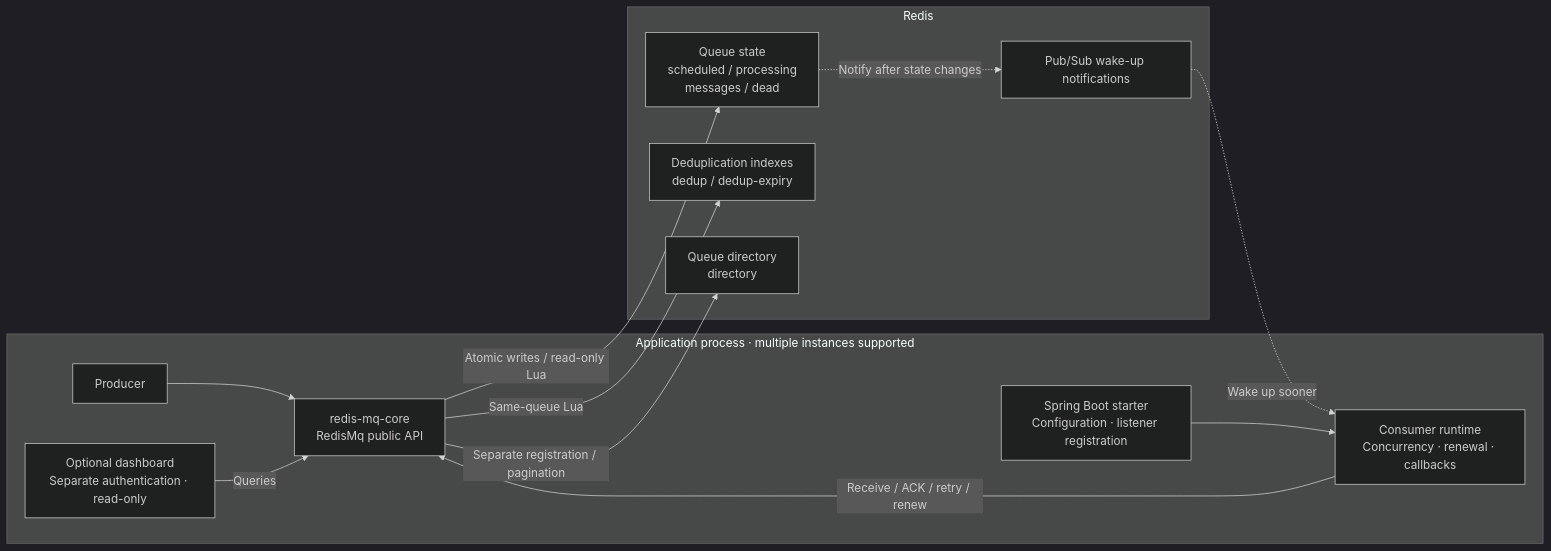
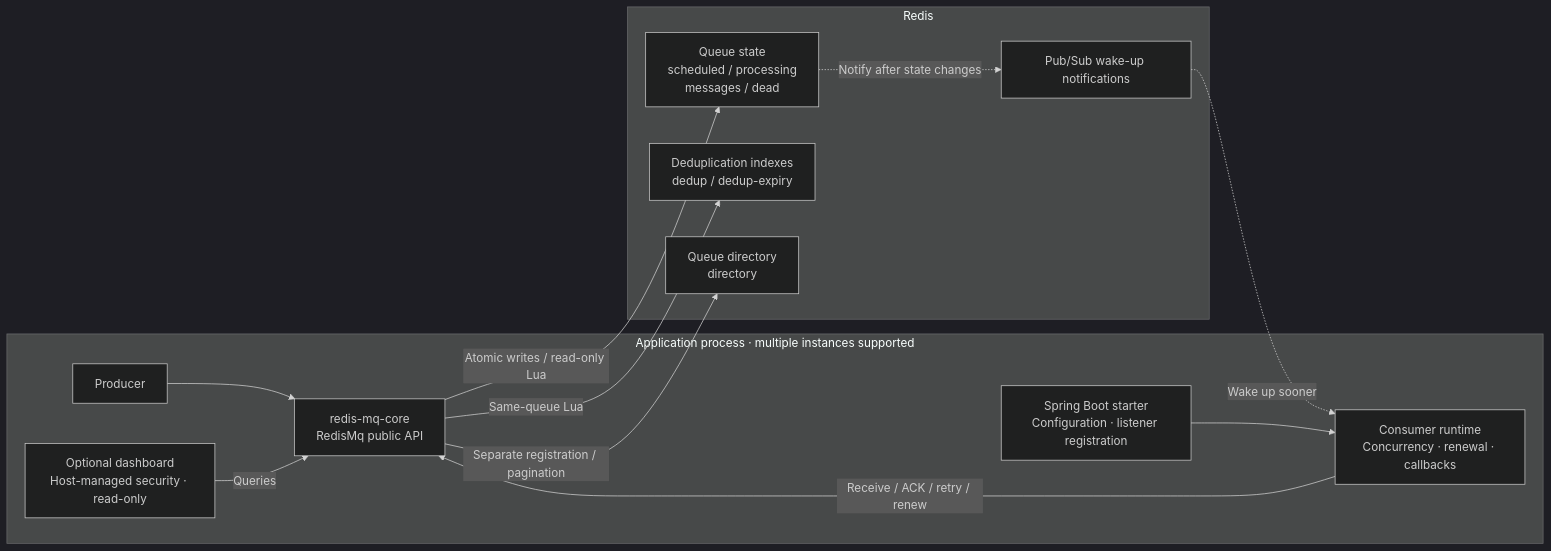
One commit to linbin-mk/redismq changed the first of 2 diagrams in README.en.md. Above: the diagram before and after it, drawn with Mermaid (dark theme). The commit also changed other lines of this file and 21 other files, not shown here.

Commit message:
Release 0.3.1 with host-managed dashboard security

````diff
--- a/README.en.md
+++ b/README.en.md
@@ -100,20 +102,20 @@
 ```mermaid
 flowchart LR
     subgraph APP["Application process · multiple instances supported"]
         P["Producer"] --> C["redis-mq-core<br/>RedisMq public API"]
         S["Spring Boot starter<br/>Configuration · listener registration"] --> W["Consumer runtime<br/>Concurrency · renewal · callbacks"]
         W -->|"Receive / ACK / retry / renew"| C
-        D["Optional dashboard<br/>Separate authentication · read-only"] -->|"Queries"| C
+        D["Optional dashboard<br/>Host-managed security · read-only"] -->|"Queries"| C
     end
     subgraph REDIS["Redis"]
         Q["Queue state<br/>scheduled / processing<br/>messages / dead"]
         I["Deduplication indexes<br/>dedup / dedup-expiry"]
         R["Queue directory<br/>directory"]
         N["Pub/Sub wake-up notifications"]
     end
     C -->|"Atomic writes / read-only Lua"| Q
     C -->|"Same-queue Lua"| I
     C -->|"Separate registration / pagination"| R
     Q -.->|"Notify after state changes"| N
     N -.->|"Wake up sooner"| W
 ```
````
